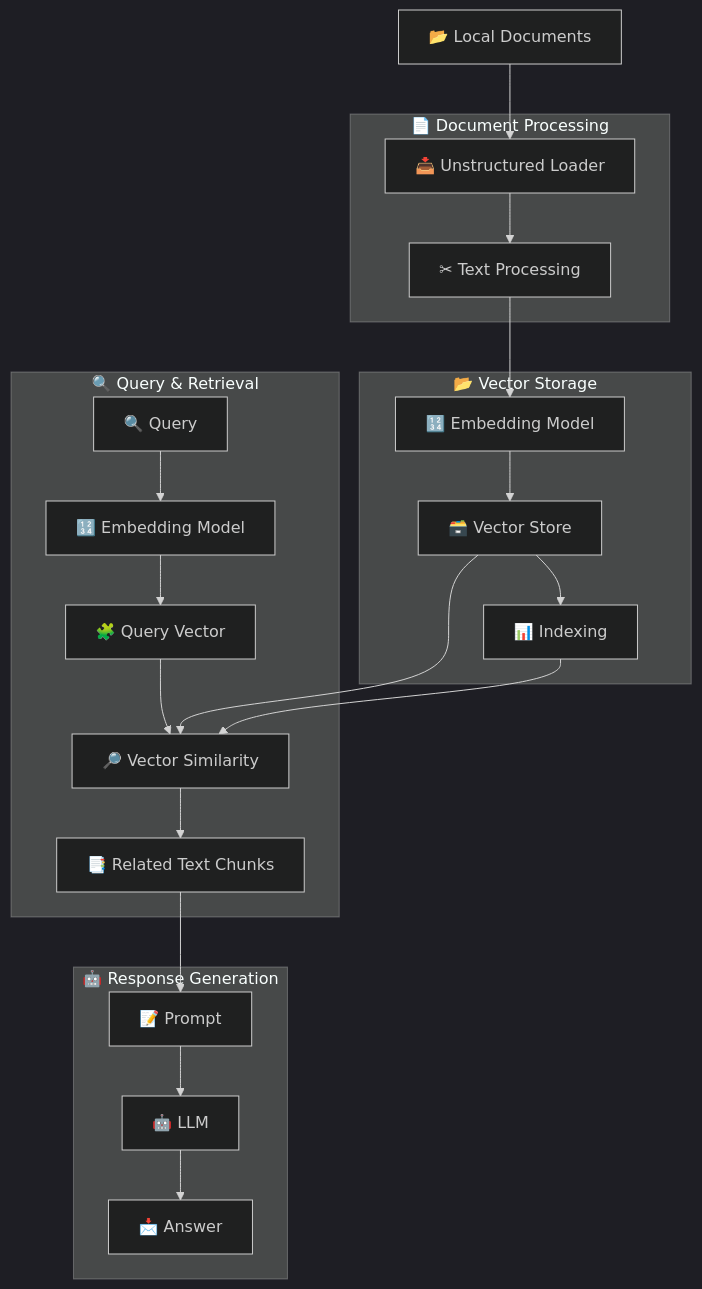
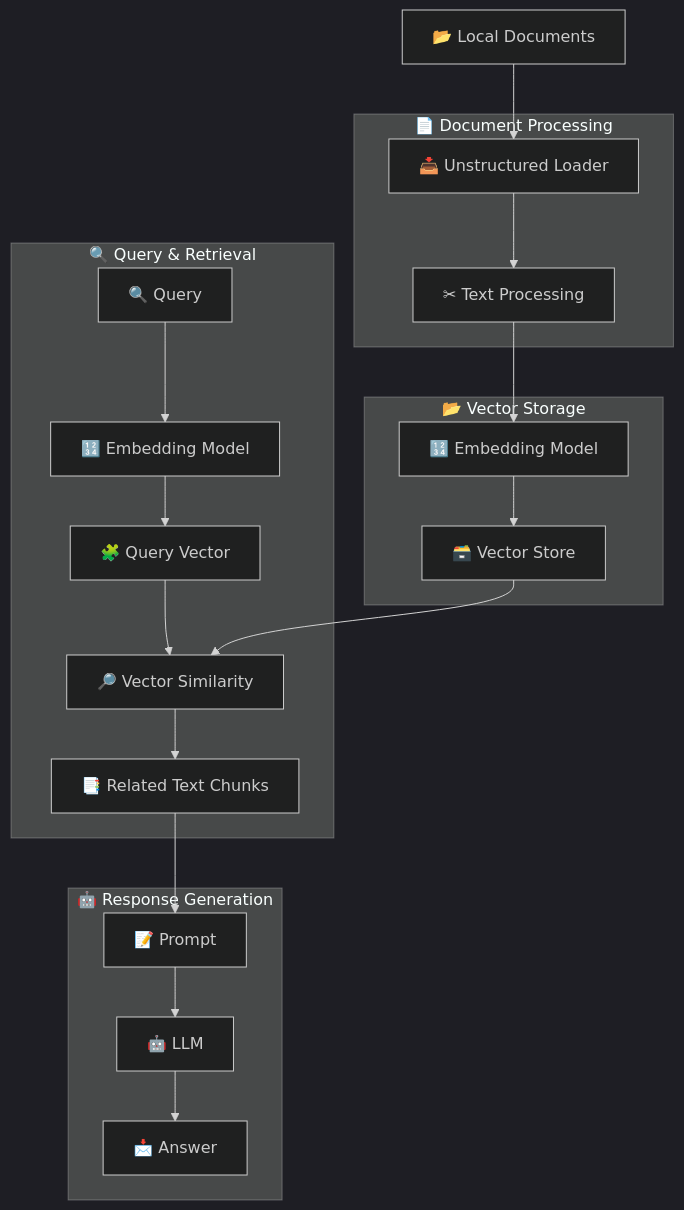
The diagram in RAG.md (Danielyan86/nlp-workshop), drawn with Mermaid (dark theme) before and after one commit. The commit also changed other lines of this file, not shown here.

Commit message:
Remove indexing step from flowchart in RAG.md to simplify the document processing pipeline. Updated core concepts section to reflect this change, enhancing clarity and focus on vector storage.

````diff
--- a/RAG.md
+++ b/RAG.md
@@ -46,47 +46,44 @@
 ```mermaid
 flowchart TD
     %% Document Processing
     subgraph subGraph0["📄 Document Processing"]
         B["📥 Unstructured Loader"]
         C["✂ Text Processing"]
     end
 
     %% Vector Storage
     subgraph subGraph1["📂 Vector Storage"]
         E["🔢 Embedding Model"]
         G["🗃️ Vector Store"]
-        F["📊 Indexing"]
     end
 
     %% Query & Retrieval
     subgraph subGraph2["🔍 Query & Retrieval"]
         H["🔍 Query"]
         I["🔢 Embedding Model"]
         J["🧩 Query Vector"]
         K["🔎 Vector Similarity"]
         L["📑 Related Text Chunks"]
     end
 
     %% Response Generation
     subgraph subGraph3["🤖 Response Generation"]
         M["📝 Prompt"]
         N["🤖 LLM"]
         O["📩 Answer"]
     end
 
     %% Flow connections
     A["📂 Local Documents"] --> B
     B --> C
     C --> E
     E --> G
-    G --> F
     H --> I
     I --> J
     J --> K
     K --> L
     L --> M
     M --> N
     N --> O
     G --> K
-    F --> K
 ```
````
